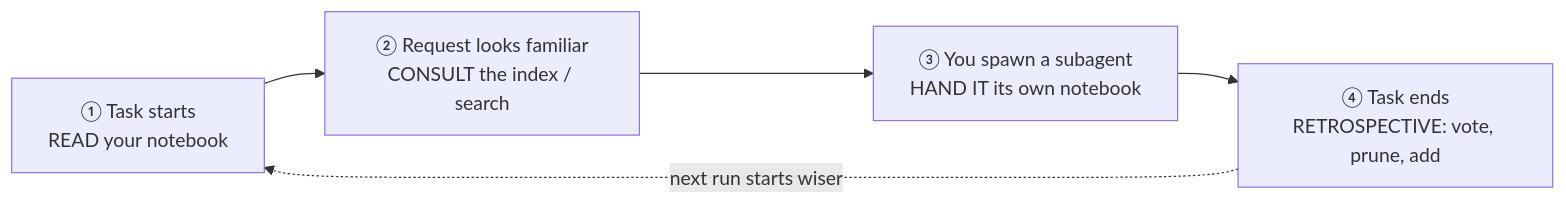
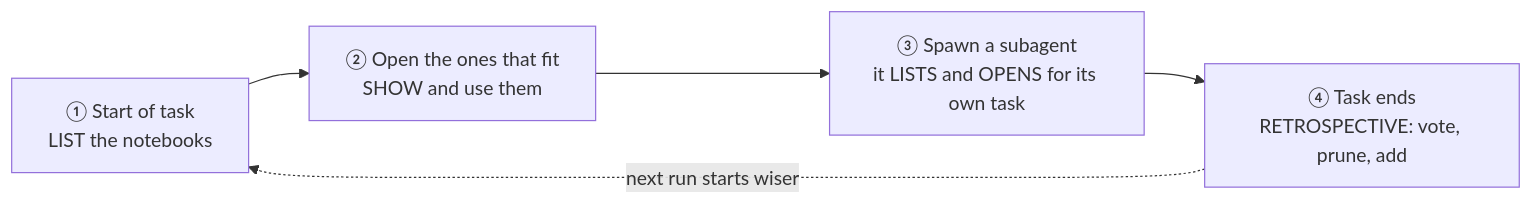
Before and after one commit to jeanibarz/agent-notebook: the diagram in AGENTS.md, drawn with Mermaid. The commit also changed other lines of this file and 15 other files, not shown here.

````diff
--- a/AGENTS.md
+++ b/AGENTS.md
@@ -35,7 +38,7 @@
 ```mermaid
 flowchart LR
-    A["① Task starts<br/>READ your notebook"] --> B["② Request looks familiar<br/>CONSULT the index / search"]
-    B --> C["③ You spawn a subagent<br/>HAND IT its own notebook"]
+    A["① Start of task<br/>LIST the notebooks"] --> B["② Open the ones that fit<br/>SHOW and use them"]
+    B --> C["③ Spawn a subagent<br/>it LISTS and OPENS for its own task"]
     C --> D["④ Task ends<br/>RETROSPECTIVE: vote, prune, add"]
     D -. "next run starts wiser" .-> A
 ```
````
